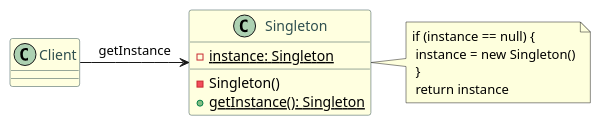
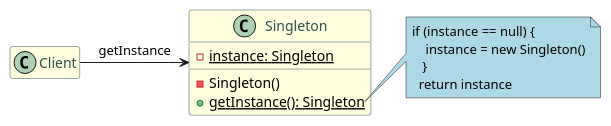
The diagram in uml/Singleton.puml (dominika-czycz/design-pattern-demo), drawn with PlantUML before and after one commit. The commit also changed 1 other file, not shown here.

```diff
--- a/uml/Singleton.puml
+++ b/uml/Singleton.puml
@@ -1,17 +1,26 @@
 @startuml
 class Singleton {
   - {static} instance: Singleton
   - Singleton()
   + {static} getInstance(): Singleton
 }
-note right : if (instance == null) {\n instance = new Singleton()\n }\n return instance
+note right of Singleton::getInstance #LightBlue
+if (instance == null) {
+    instance = new Singleton()
+   }
+  return instance
+end note
 class Client {}
 
 Client -> Singleton: getInstance
+
+hide empty fields
+hide empty methods
+
 skinparam class {
   BackgroundColor LightYellow
   BorderColor DarkSlateGray
   ArrowColor DarkSlateGray
   FontColor DarkSlateGray
 }
 @enduml
```
